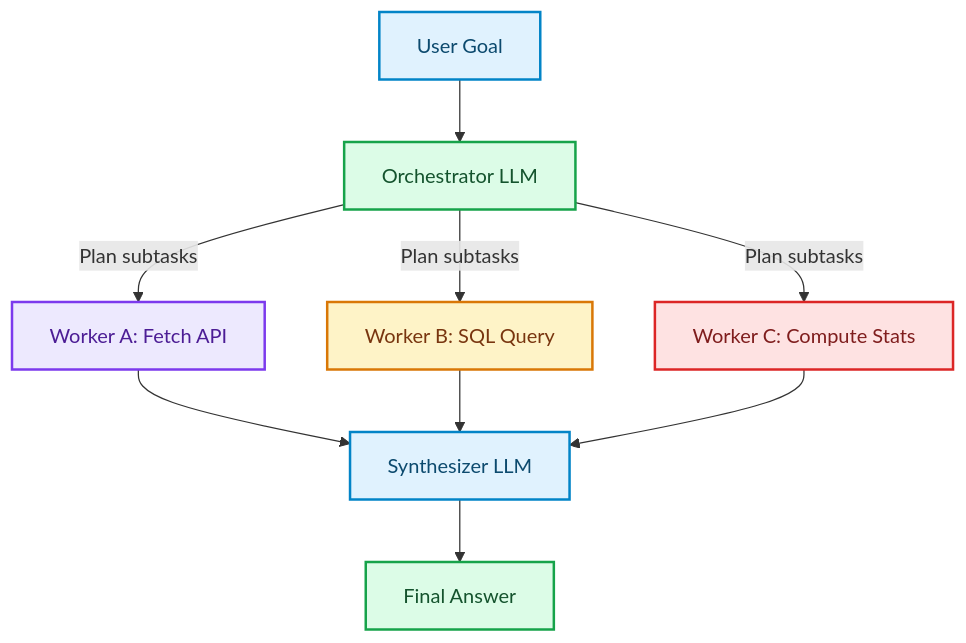
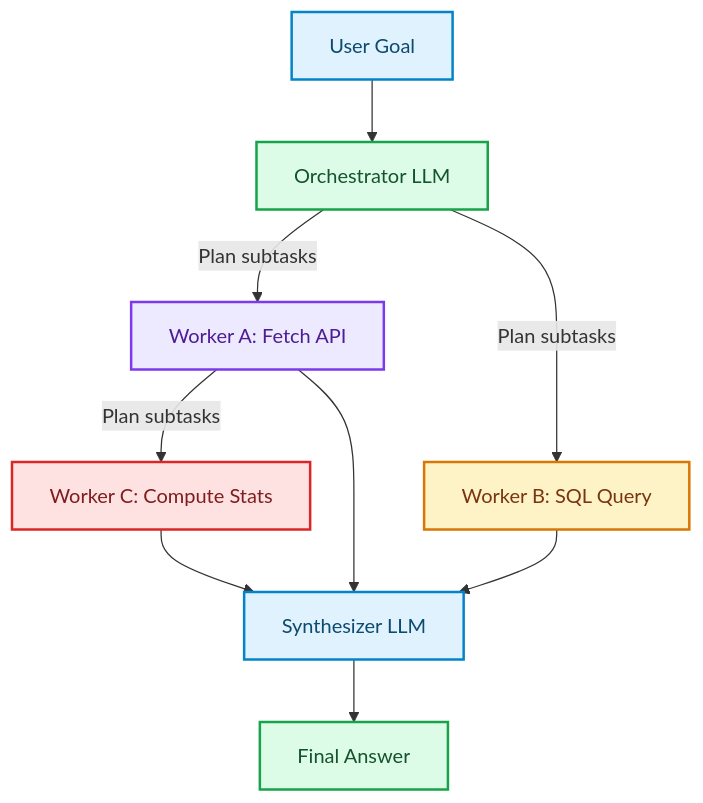
One commit to akmalkhaniub/akmalkhaniub.github.io changed the fifth of 8 diagrams in blog/posts/agentic-ai-architectures.md. Above: the diagram before and after it, drawn with Mermaid. The commit also changed other lines of this file and 894 other files, not shown here.

Commit message:
feat(blog): upgrade all 444 posts with unique staggered dates, 2-col Mermaid spines, benchmark tables, code blocks, and trade-offs

````diff
--- a/blog/posts/agentic-ai-architectures.md
+++ b/blog/posts/agentic-ai-architectures.md
@@ -148,22 +148,22 @@
 ```mermaid
 flowchart TD
     User["User Goal"] --> Orch["Orchestrator LLM"]
     Orch -->|Plan subtasks| W1["Worker A: Fetch API"]
     Orch -->|Plan subtasks| W2["Worker B: SQL Query"]
-    Orch -->|Plan subtasks| W3["Worker C: Compute Stats"]
+    W1 --> |Plan subtasks| W3["Worker C: Compute Stats"]
     W1 --> Synth["Synthesizer LLM"]
     W2 --> Synth
     W3 --> Synth
     Synth --> Response["Final Answer"]
 
 classDef green fill:#dcfce7,stroke:#16a34a,stroke-width:2px,color:#14532d;
 classDef red fill:#fee2e2,stroke:#dc2626,stroke-width:2px,color:#7f1d1d;
 classDef blue fill:#e0f2fe,stroke:#0284c7,stroke-width:2px,color:#0c4a6e;
 classDef yellow fill:#fef3c7,stroke:#d97706,stroke-width:2px,color:#78350f;
 classDef purple fill:#ede9fe,stroke:#7c3aed,stroke-width:2px,color:#4c1d95;
 class User,Synth blue
 class Orch,Response green
 class W1 purple
 class W2 yellow
 class W3 red
 ```
````
